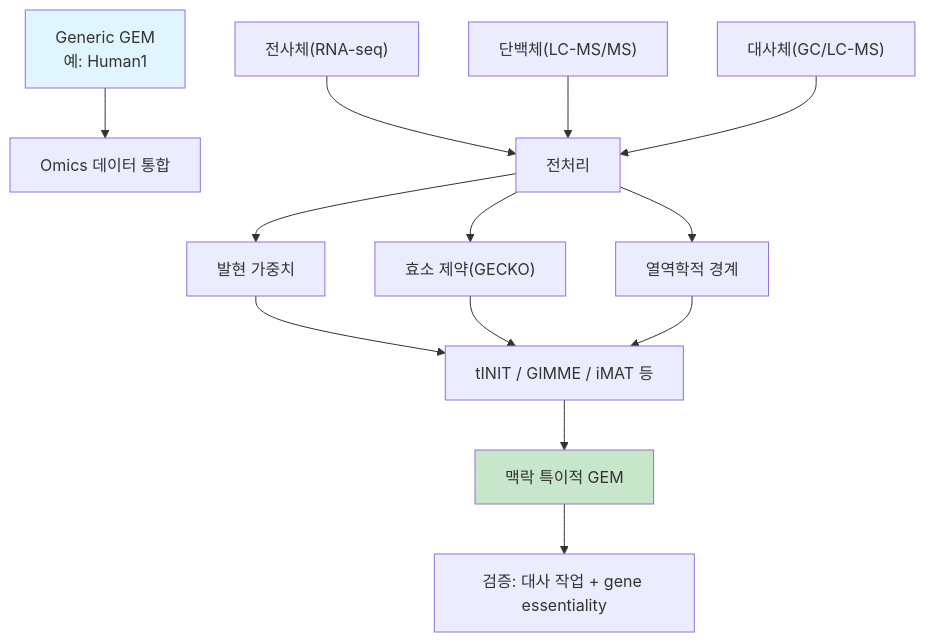
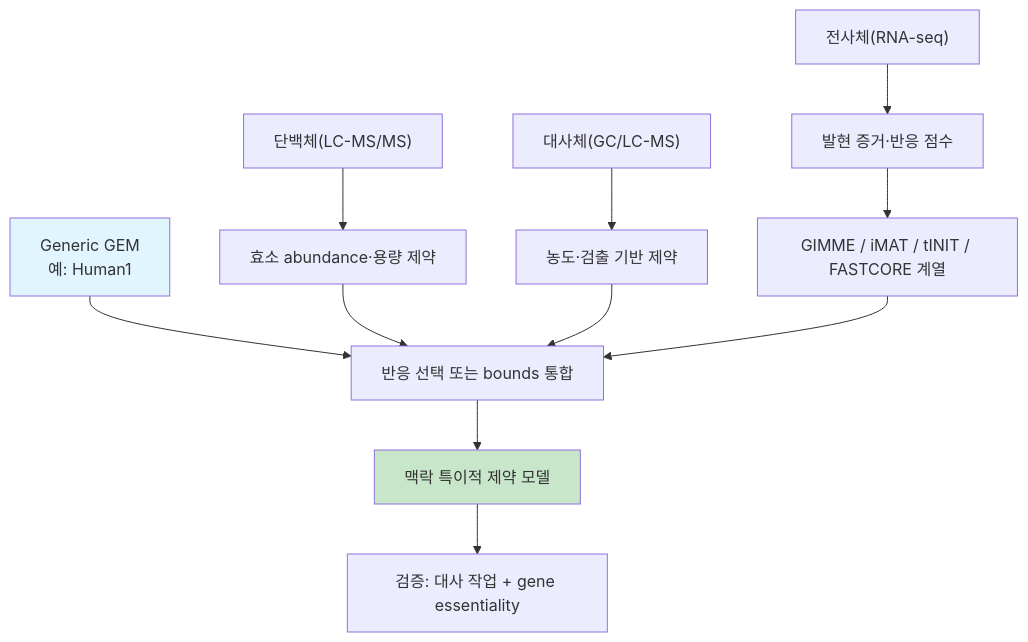
Before and after one commit to jyryu3161/ebook_metabolic_modeling: the diagram in chapter-6/06.md, drawn with Mermaid. The commit also changed other lines of this file and 92 other files, not shown here.

````diff
--- a/chapter-6/06.md
+++ b/chapter-6/06.md
@@ -7,18 +7,17 @@
 ```mermaid
 flowchart TD
-    A["Generic GEM<br/>예: Human1"] --> B["Omics 데이터 통합"]
-    C["전사체(RNA-seq)"] --> D["전처리"]
-    E["단백체(LC-MS/MS)"] --> D
-    F["대사체(GC/LC-MS)"] --> D
-    D --> G["발현 가중치"]
-    D --> H["효소 제약(GECKO)"]
-    D --> I["열역학적 경계"]
-    G --> J["tINIT / GIMME / iMAT 등"]
-    H --> J
-    I --> J
-    J --> K["맥락 특이적 GEM"]
+    A["Generic GEM<br/>예: Human1"] --> M
+    C["전사체(RNA-seq)"] --> G["발현 증거·반응 점수"]
+    E["단백체(LC-MS/MS)"] --> H["효소 abundance·용량 제약"]
+    F["대사체(GC/LC-MS)"] --> I["농도·검출 기반 제약"]
+    G --> J["GIMME / iMAT / tINIT / FASTCORE 계열"]
+    H --> M["반응 선택 또는 bounds 통합"]
+    I --> M
+    J --> M
+    M --> K
+    K["맥락 특이적 제약 모델"]
     K --> L["검증: 대사 작업 + gene essentiality"]
 
     style A fill:#e1f5fe
     style K fill:#c8e6c9
 ```
````
